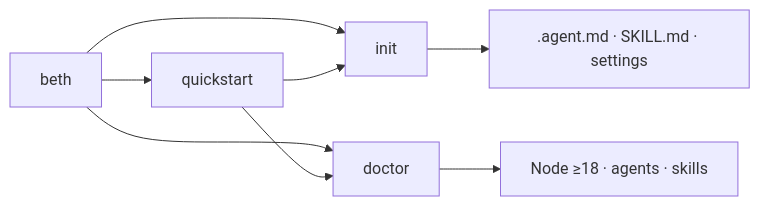
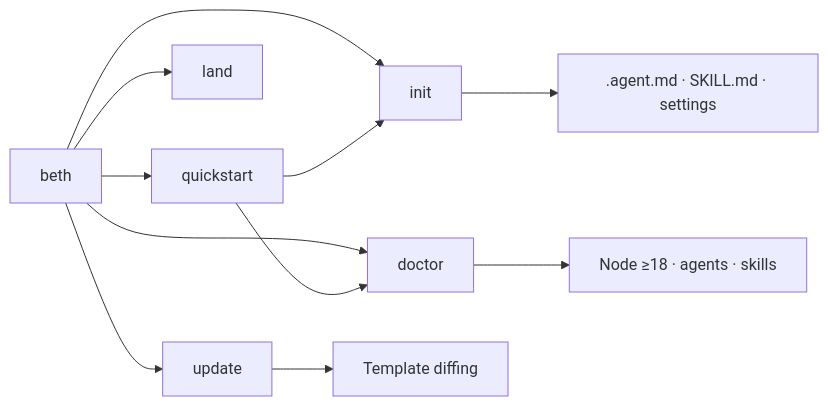
One commit to shyamsridhar123/ATV-AgentSkillsDemo changed the fifth of 7 diagrams in README.md. Above: the diagram before and after it, drawn with Mermaid. The commit also changed other lines of this file and 3 other files, not shown here.

````diff
--- a/README.md
+++ b/README.md
@@ -327,9 +330,12 @@
 ```mermaid
 flowchart LR
     CLI["beth"] --> Init["init"]
     CLI --> Doctor["doctor"]
     CLI --> QS["quickstart"]
+    CLI --> Land["land"]
+    CLI --> Update["update"]
     Init --> Templates[".agent.md · SKILL.md · settings"]
     Doctor --> Checks["Node ≥18 · agents · skills"]
     QS --> Init & Doctor
+    Update --> Diff["Template diffing"]
 ```
````
